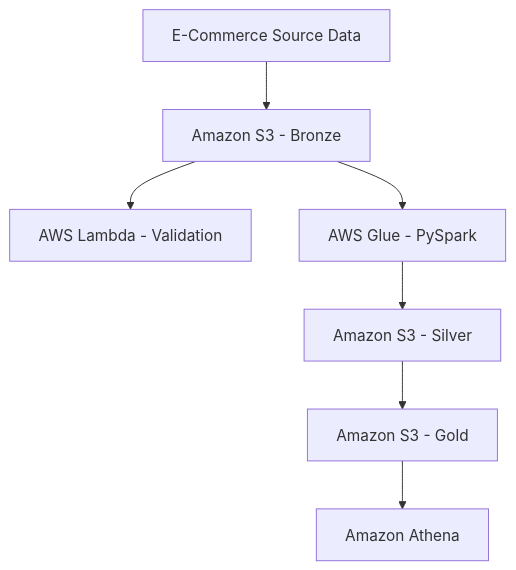
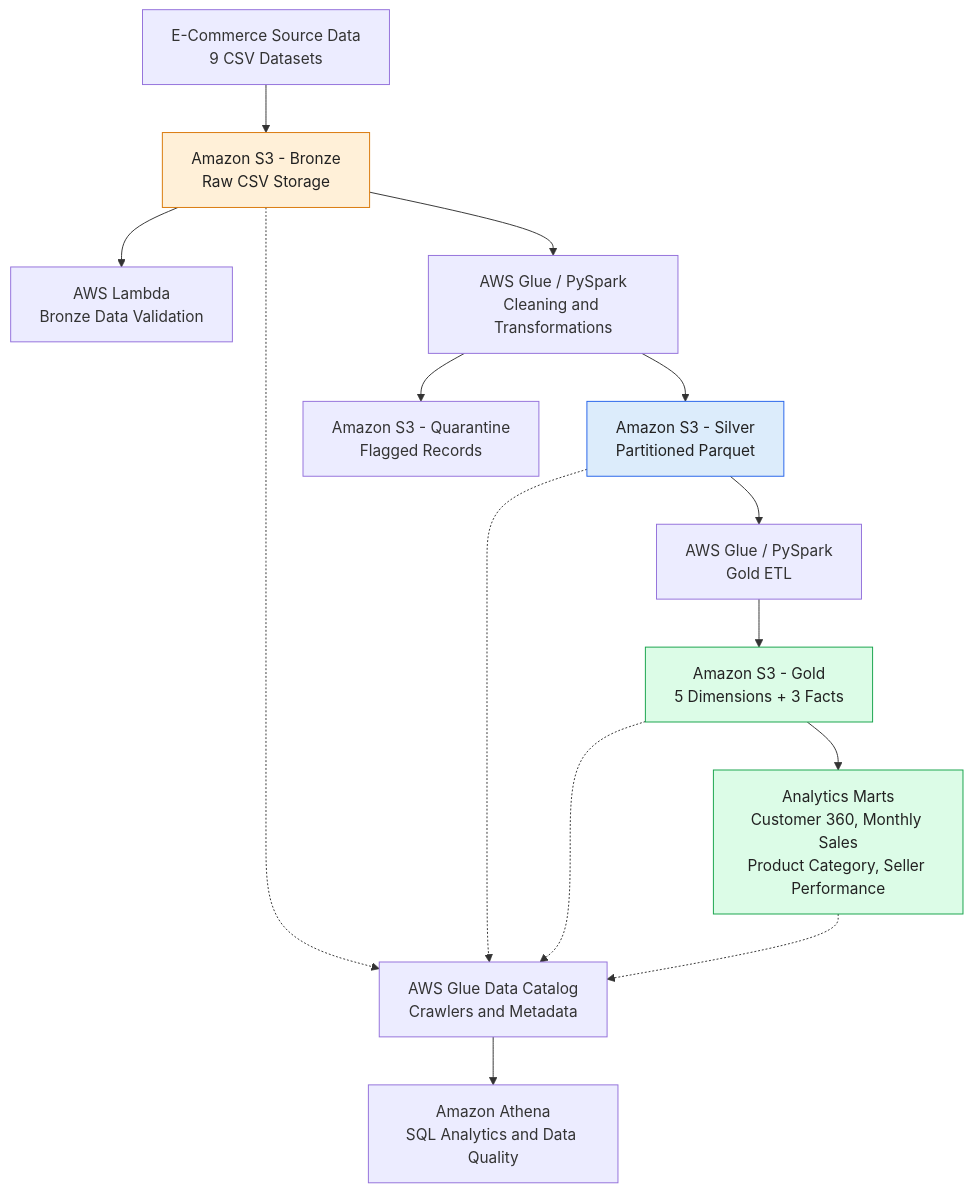
The diagram in architecture/shopeasy-architecture.md (YashshreeK/shopeasy-aws-data-engineering), drawn with Mermaid before and after one commit.

Commit message:
Update shopeasy-architecture.md
Add AWS medallion architecture diagram

````diff
--- a/architecture/shopeasy-architecture.md
+++ b/architecture/shopeasy-architecture.md
@@ -6,17 +5,34 @@
 ```mermaid
 flowchart TD
-    A["E-Commerce Source Data"]
-    B["Amazon S3 - Bronze"]
-    C["AWS Lambda - Validation"]
-    D["AWS Glue - PySpark"]
-    E["Amazon S3 - Silver"]
-    F["Amazon S3 - Gold"]
-    G["Amazon Athena"]
+    A["E-Commerce Source Data<br/>9 CSV Datasets"]
+    B["Amazon S3 - Bronze<br/>Raw CSV Storage"]
+    C["AWS Lambda<br/>Bronze Data Validation"]
+    D["AWS Glue / PySpark<br/>Cleaning and Transformations"]
+    E["Amazon S3 - Silver<br/>Partitioned Parquet"]
+    Q["Amazon S3 - Quarantine<br/>Flagged Records"]
+    F["AWS Glue / PySpark<br/>Gold ETL"]
+    G["Amazon S3 - Gold<br/>5 Dimensions + 3 Facts"]
+    H["Analytics Marts<br/>Customer 360, Monthly Sales<br/>Product Category, Seller Performance"]
+    I["AWS Glue Data Catalog<br/>Crawlers and Metadata"]
+    J["Amazon Athena<br/>SQL Analytics and Data Quality"]
 
     A --> B
     B --> C
     B --> D
     D --> E
+    D --> Q
     E --> F
     F --> G
+    G --> H
+
+    B -.-> I
+    E -.-> I
+    G -.-> I
+    H -.-> I
+    I --> J
+
+    style B fill:#FFF0D8,color:#222,stroke:#D97706
+    style E fill:#DCECFB,color:#222,stroke:#2563EB
+    style G fill:#DCFCE7,color:#222,stroke:#16A34A
+    style H fill:#DCFCE7,color:#222,stroke:#16A34A
 ```
````
